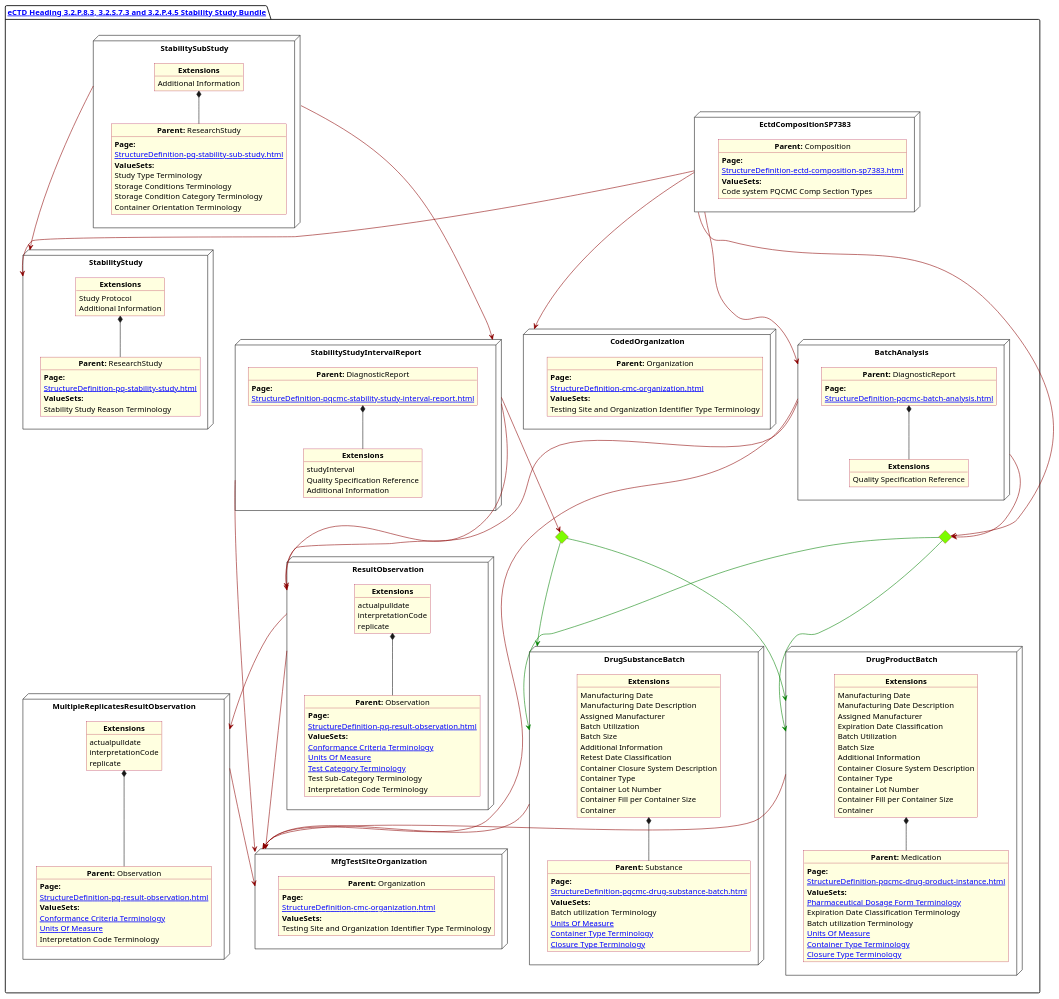
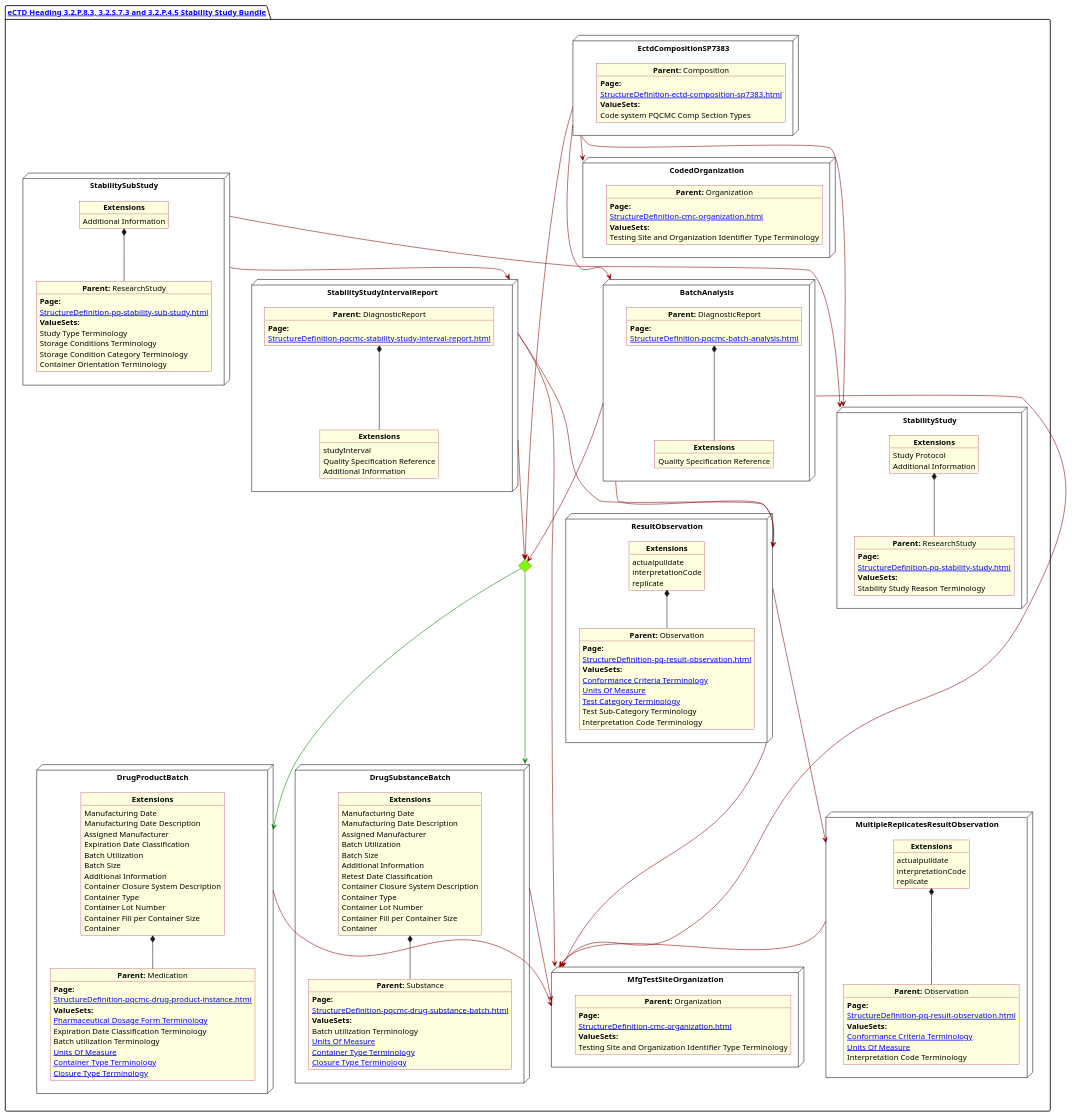
One commit to HL7/FHIR-us-pq-cmc-fda changed the diagram in input/images-source/Stability.plantuml. Above: the diagram before and after it, drawn with PlantUML. The commit also changed 3 other files, not shown here.

Commit message:
making plantuml verticle

```diff
--- a/input/images-source/Stability.plantuml
+++ b/input/images-source/Stability.plantuml
@@ -77,7 +77,6 @@
 
        diamond CH
 
-       diamond CH3
        node "DrugProductBatch" as NN {
 
               object "**Parent:** Medication" as obj3 {
@@ -203,20 +202,17 @@
        }
 
 
-
+       Ninterval -[#darkred]--> CH
+       Ninterval -[#darkred]--> NMFG
+       Ninterval -[#darkred]--> NNOBS
        CH -[#green]--> NN
        CH -[#green]--> NNS
-       CH3 -[#green]--> NN
-       CH3 -[#green]--> NNS
        N1 -[#darkred]--> CH
        N1 -[#darkred]--> N2
-       N1 -[#darkred]--> NSO
+       N1 -[#darkred]-> NSO
        N2 -[#darkred]--> CH
        N2 -[#darkred]--> NMFG
        N2 -[#darkred]--> NNOBS
-       Ninterval -[#darkred]--> CH3
-       Ninterval -[#darkred]--> NMFG
-       Ninterval -[#darkred]--> NNOBS
        NN -[#darkred]-> NMFG
        NNOBS -[#darkred]-> NMFG
        NNOBS -[#darkred]-> NNstage
```
